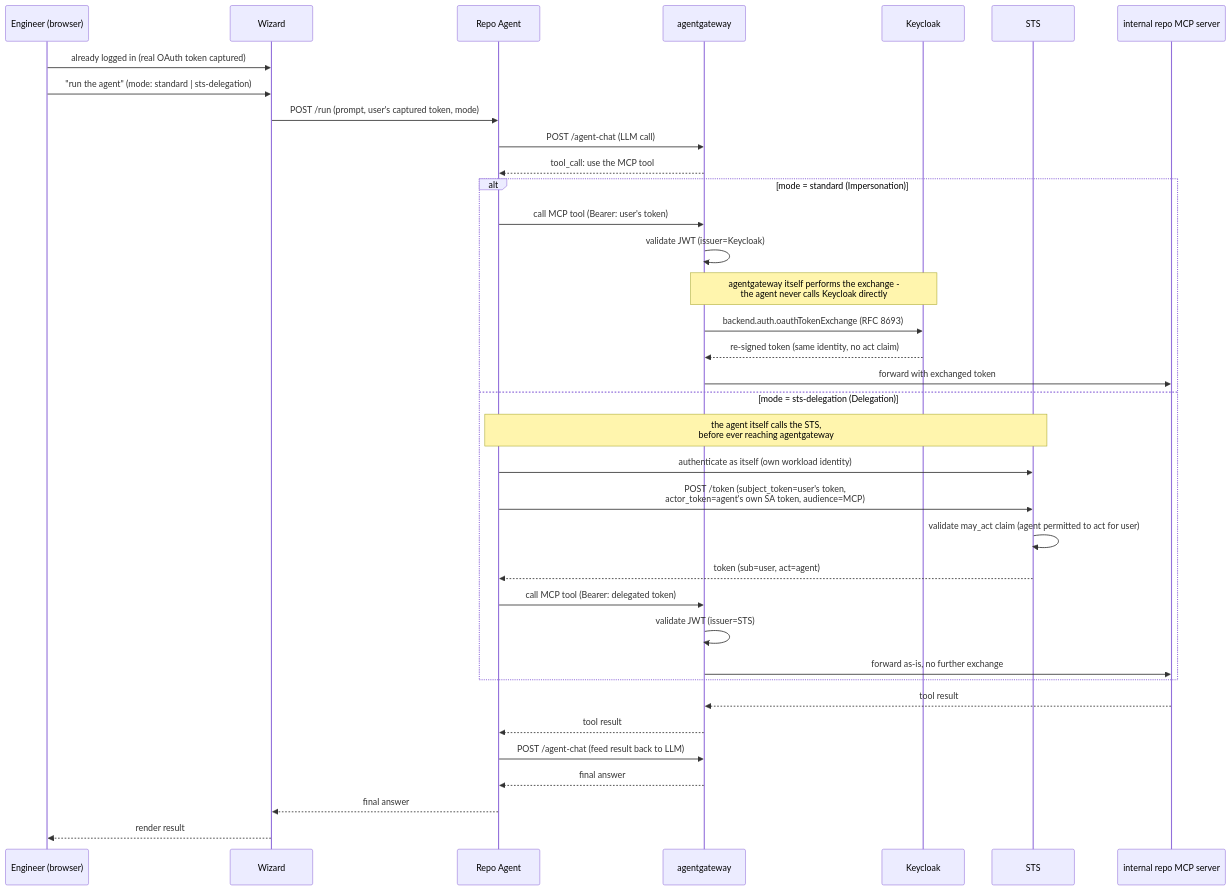
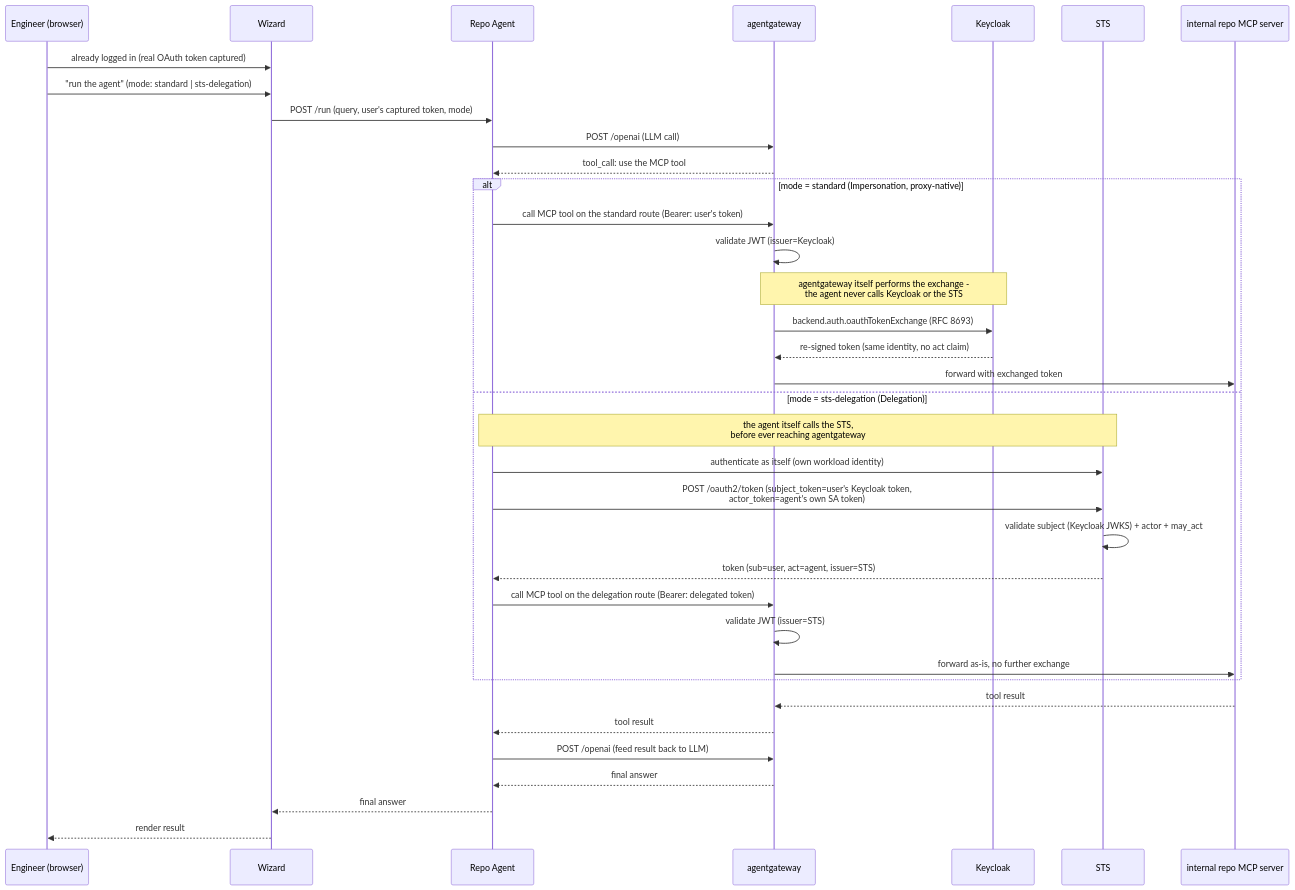
One commit to day0ops/agentgateway-demo-wizard changed the first of 3 diagrams in docs/superpowers/specs/2026-10-10-auth-pillar-agents-mcp-design.md. Above: the diagram before and after it, drawn with Mermaid. The commit also changed other lines of this file, not shown here.

First line of the commit message:
docs: revise agents/MCP spec - lock exchange mechanisms, re-exchange chain

````diff
--- a/docs/superpowers/specs/2026-10-10-auth-pillar-agents-mcp-design.md
+++ b/docs/superpowers/specs/2026-10-10-auth-pillar-agents-mcp-design.md
@@ -82,41 +99,41 @@
 ```mermaid
 sequenceDiagram
     participant User as Engineer (browser)
     participant Wizard
     participant Agent as Repo Agent
     participant AGW as agentgateway
     participant KC as Keycloak
     participant STS
     participant MCP as internal repo MCP server
 
     User->>Wizard: already logged in (real OAuth token captured)
     User->>Wizard: "run the agent" (mode: standard | sts-delegation)
-    Wizard->>Agent: POST /run (prompt, user's captured token, mode)
-    Agent->>AGW: POST /agent-chat (LLM call)
+    Wizard->>Agent: POST /run (query, user's captured token, mode)
+    Agent->>AGW: POST /openai (LLM call)
     AGW-->>Agent: tool_call: use the MCP tool
 
-    alt mode = standard (Impersonation)
-        Agent->>AGW: call MCP tool (Bearer: user's token)
+    alt mode = standard (Impersonation, proxy-native)
+        Agent->>AGW: call MCP tool on the standard route (Bearer: user's token)
         AGW->>AGW: validate JWT (issuer=Keycloak)
-        Note over AGW,KC: agentgateway itself performs the exchange -<br/>the agent never calls Keycloak directly
+        Note over AGW,KC: agentgateway itself performs the exchange -<br/>the agent never calls Keycloak or the STS
         AGW->>KC: backend.auth.oauthTokenExchange (RFC 8693)
         KC-->>AGW: re-signed token (same identity, no act claim)
         AGW->>MCP: forward with exchanged token
     else mode = sts-delegation (Delegation)
         Note over Agent,STS: the agent itself calls the STS,<br/>before ever reaching agentgateway
         Agent->>STS: authenticate as itself (own workload identity)
-        Agent->>STS: POST /token (subject_token=user's token,<br/>actor_token=agent's own SA token, audience=MCP)
-        STS->>STS: validate may_act claim (agent permitted to act for user)
-        STS-->>Agent: token (sub=user, act=agent)
-        Agent->>AGW: call MCP tool (Bearer: delegated token)
+        Agent->>STS: POST /oauth2/token (subject_token=user's Keycloak token,<br/>actor_token=agent's own SA token)
+        STS->>STS: validate subject (Keycloak JWKS) + actor + may_act
+        STS-->>Agent: token (sub=user, act=agent, issuer=STS)
+        Agent->>AGW: call MCP tool on the delegation route (Bearer: delegated token)
         AGW->>AGW: validate JWT (issuer=STS)
         AGW->>MCP: forward as-is, no further exchange
     end
 
     MCP-->>AGW: tool result
     AGW-->>Agent: tool result
-    Agent->>AGW: POST /agent-chat (feed result back to LLM)
+    Agent->>AGW: POST /openai (feed result back to LLM)
     AGW-->>Agent: final answer
     Agent-->>Wizard: final answer
     Wizard-->>User: render result
 ```
````
